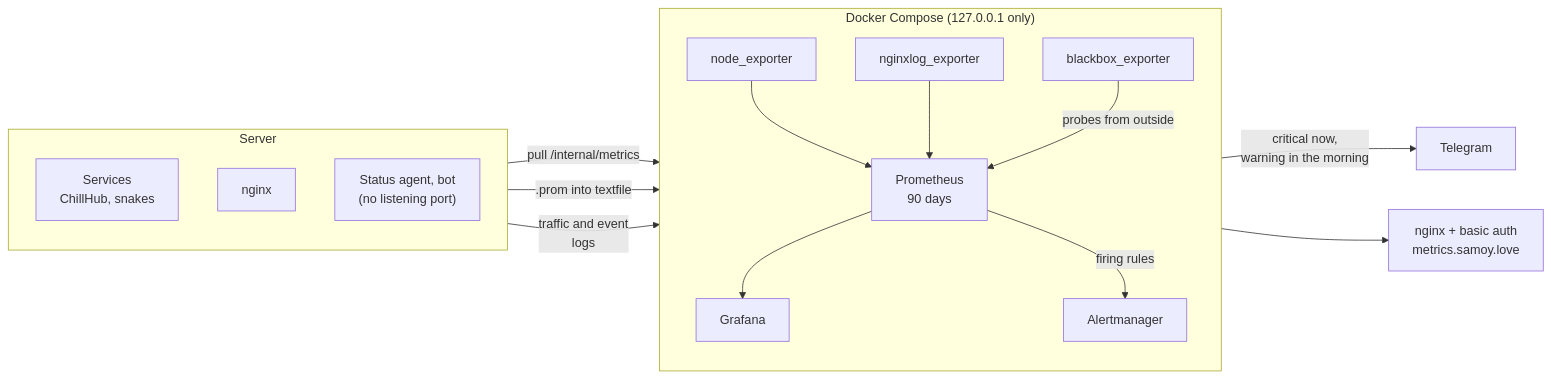
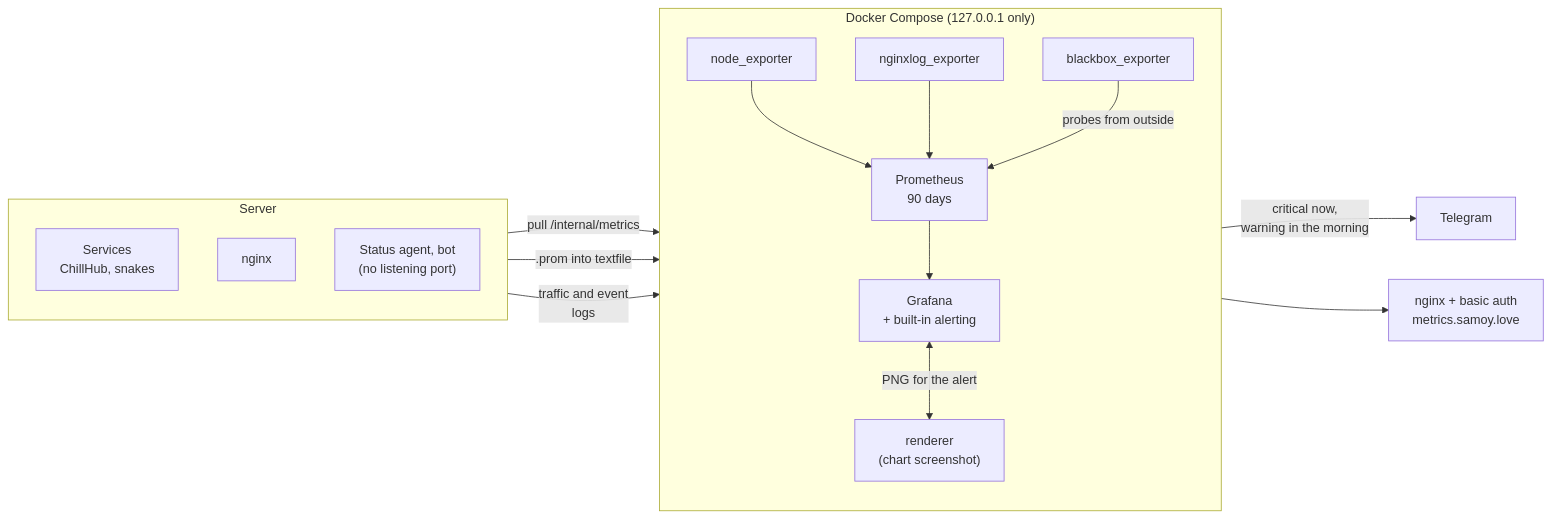
One commit to samoy-love/metrics.samoy.love changed the diagram in README.en.md. Above: the diagram before and after it, drawn with Mermaid. The commit also changed other lines of this file and 13 other files, not shown here.

````diff
--- a/README.en.md
+++ b/README.en.md
@@ -48,30 +48,30 @@
 ```mermaid
 flowchart LR
     subgraph host["Server"]
         direction TB
         svc["Services<br/>ChillHub, snakes"]
         nginx["nginx"]
         timer["Status agent, bot<br/>(no listening port)"]
     end
 
     subgraph compose["Docker Compose (127.0.0.1 only)"]
         direction TB
         node["node_exporter"]
         nglog["nginxlog_exporter"]
         bb["blackbox_exporter"]
         prom["Prometheus<br/>90 days"]
-        graf["Grafana"]
-        am["Alertmanager"]
+        graf["Grafana<br/>+ built-in alerting"]
+        rnd["renderer<br/>(chart screenshot)"]
     end
 
     svc -->|"pull /internal/metrics"| prom
     timer -->|".prom into textfile"| node
     nginx -->|"traffic and event<br/>logs"| nglog
     node --> prom
     nglog --> prom
     bb -->|"probes from outside"| prom
     prom --> graf
-    prom -->|"firing rules"| am
-    am -->|"critical now,<br/>warning in the morning"| tg["Telegram"]
+    graf <-->|"PNG for the alert"| rnd
+    graf -->|"critical now,<br/>warning in the morning"| tg["Telegram"]
     graf --> gate["nginx + basic auth<br/>metrics.samoy.love"]
 ```
````
